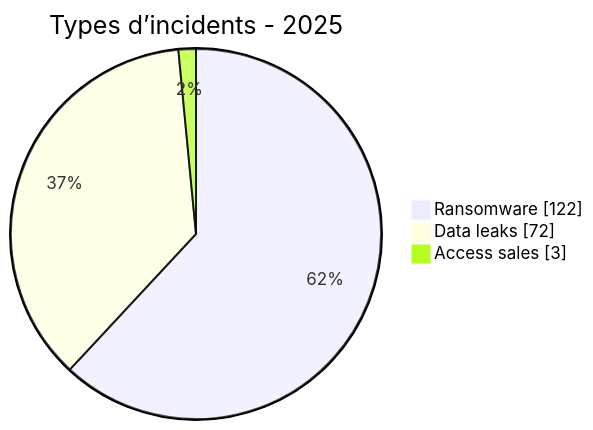
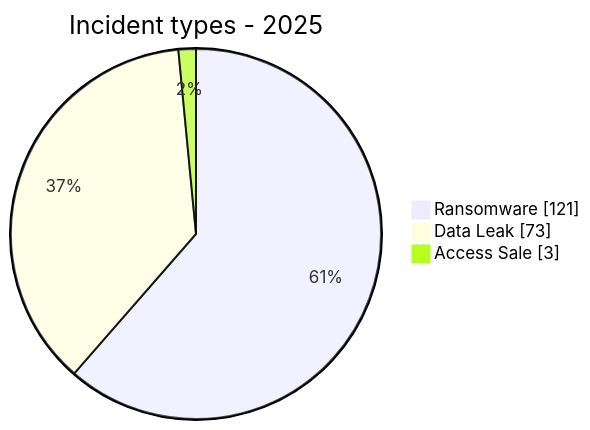
Before and after one commit to Hatchepsoute/AFRINTEL: the third of 5 diagrams in CyberAttackAfrica/2025/README.md, drawn with Mermaid. The commit also changed other lines of this file and 35 other files, not shown here.

````diff
--- a/CyberAttackAfrica/2025/README.md
+++ b/CyberAttackAfrica/2025/README.md
@@ -85,7 +173,7 @@
 ```mermaid
 pie showData
-    title Types d’incidents - 2025
-    "Ransomware" : 122
-    "Data leaks" : 72
-    "Access sales" : 3
+    title Incident types - 2025
+    "Ransomware" : 121
+    "Data Leak" : 73
+    "Access Sale" : 3
 ```
````
